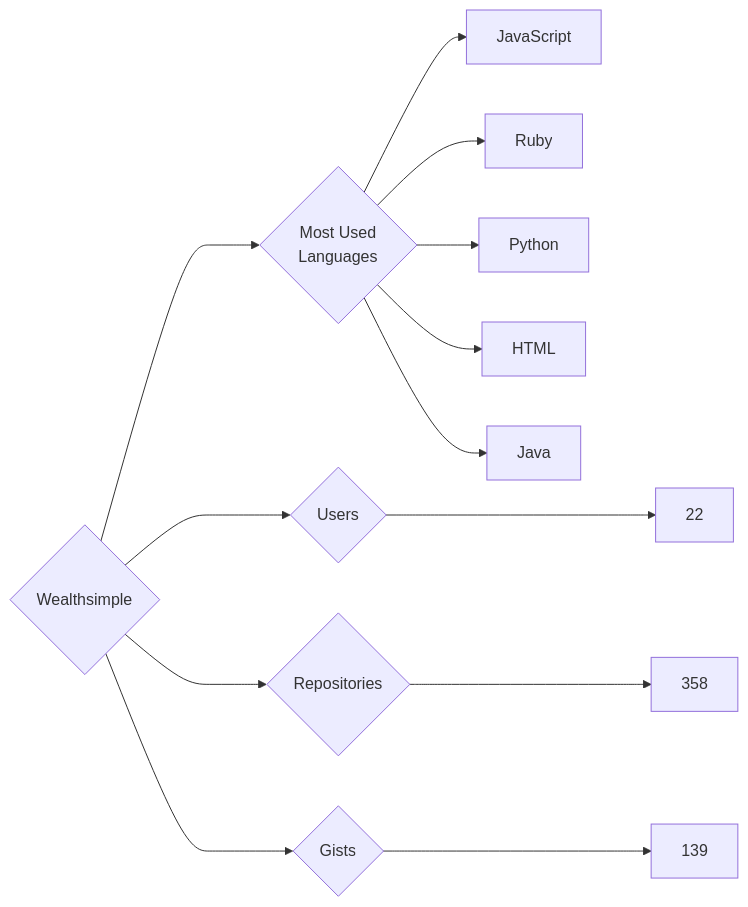
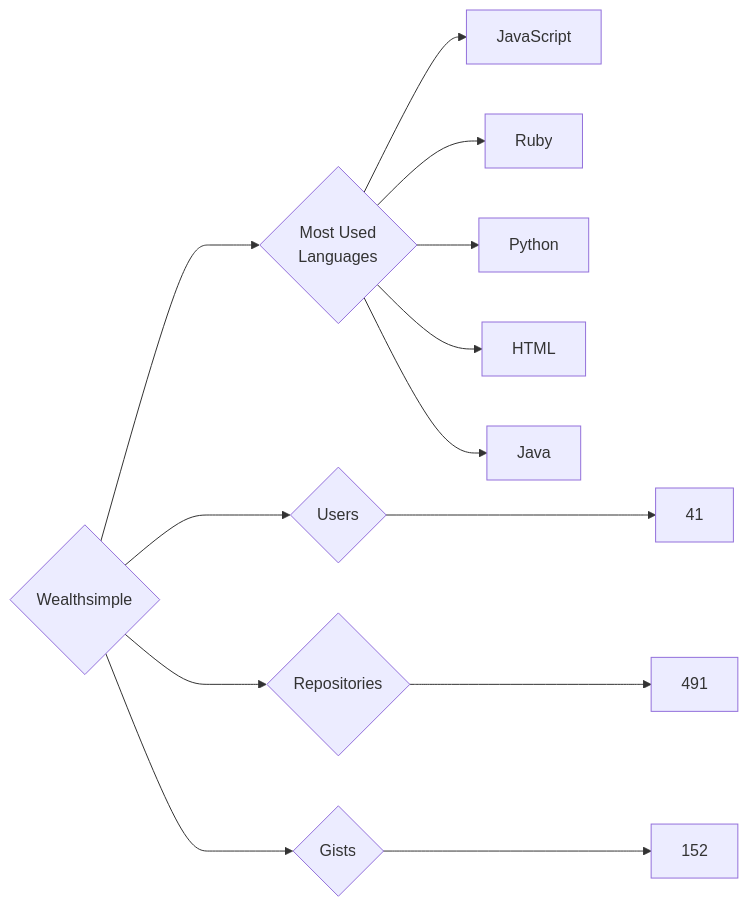
One commit to trickest/insiders changed the diagram in targets/Wealthsimple/README.md. Above: the diagram before and after it, drawn with Mermaid. The commit also changed 534 other files, not shown here.

````diff
--- a/targets/Wealthsimple/README.md
+++ b/targets/Wealthsimple/README.md
@@ -3,13 +3,13 @@
 ```mermaid
 graph LR
 COMPANY_NAME{Wealthsimple}
-COMPANY_NAME ---> U{Users} ---> UN[22]
-COMPANY_NAME ---> R{Repositories} ---> RN[358]
-COMPANY_NAME ---> G{Gists} ---> GN[139]
+COMPANY_NAME ---> U{Users} ---> UN[41]
+COMPANY_NAME ---> R{Repositories} ---> RN[491]
+COMPANY_NAME ---> G{Gists} ---> GN[152]
 COMPANY_NAME ---> ML{Most Used<br>Languages}
 ML --> JavaScript[JavaScript]
 ML --> Ruby[Ruby]
 ML --> Python[Python]
 ML --> HTML[HTML]
 ML --> Java[Java]
 ```
````
